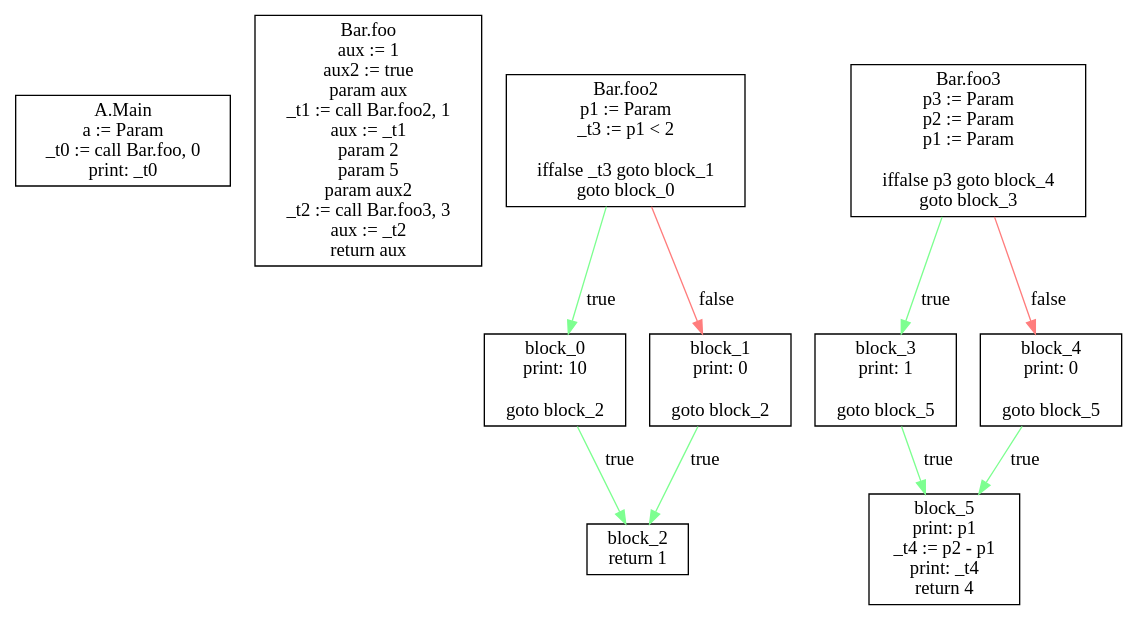
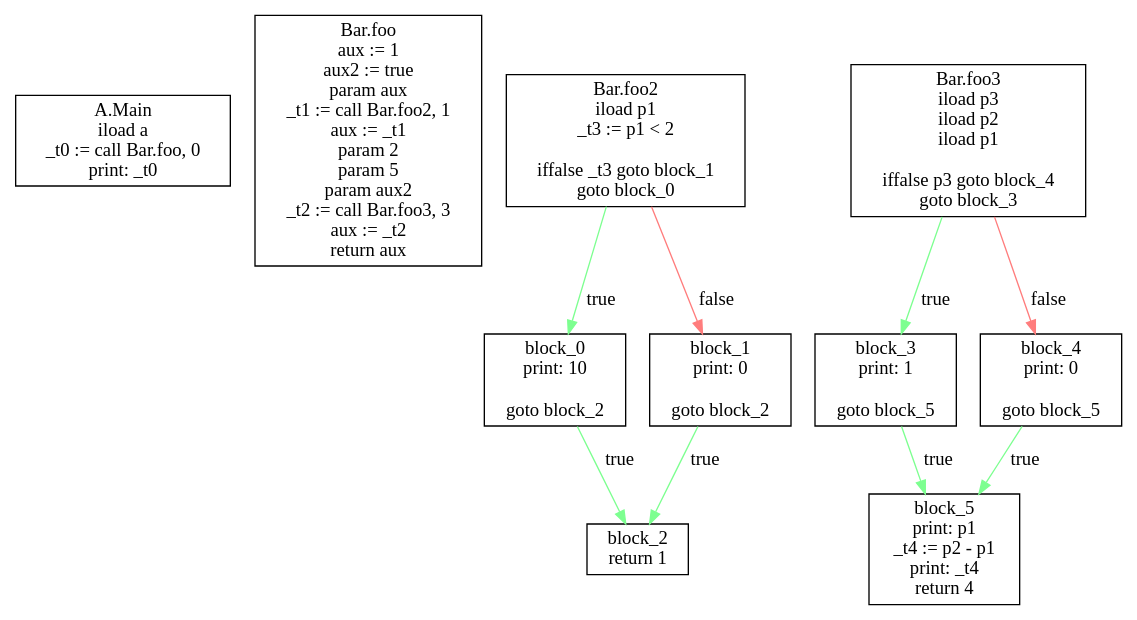
One commit to Hnsson/DV1655 changed the diagram in Assignment-3/cfg.dot. Above: the diagram before and after it, drawn with Graphviz. The commit also changed 7 other files, not shown here.

```diff
--- a/Assignment-3/cfg.dot
+++ b/Assignment-3/cfg.dot
@@ -1,20 +1,20 @@
 digraph CFG {
-    "A.Main" [shape=box label="A.Main\na := Param\n_t0 := call Bar.foo, 0\nprint: _t0\n"];
+    "A.Main" [shape=box label="A.Main\niload a\n_t0 := call Bar.foo, 0\nprint: _t0\n"];
     "Bar.foo" [shape=box label="Bar.foo\naux := 1\naux2 := true\nparam aux\n_t1 := call Bar.foo2, 1\naux := _t1\nparam 2\nparam 5\nparam aux2\n_t2 := call Bar.foo3, 3\naux := _t2\nreturn aux\n"];
-    "Bar.foo2" [shape=box label="Bar.foo2\np1 := Param\n_t3 := p1 < 2\n\niffalse _t3 goto block_1\ngoto block_0"];
+    "Bar.foo2" [shape=box label="Bar.foo2\niload p1\n_t3 := p1 < 2\n\niffalse _t3 goto block_1\ngoto block_0"];
     "Bar.foo2" -> "block_0" [label="true" color="#7dff90"];
     "block_0" [shape=box label="block_0\nprint: 10\n\ngoto block_2"];
     "block_0" -> "block_2" [label="true" color="#7dff90"];
     "block_2" [shape=box label="block_2\nreturn 1\n"];
     "Bar.foo2" -> "block_1" [label="false" color="#ff7d7d"];
     "block_1" [shape=box label="block_1\nprint: 0\n\ngoto block_2"];
     "block_1" -> "block_2" [label="true" color="#7dff90"];
-    "Bar.foo3" [shape=box label="Bar.foo3\np3 := Param\np2 := Param\np1 := Param\n\niffalse p3 goto block_4\ngoto block_3"];
+    "Bar.foo3" [shape=box label="Bar.foo3\niload p3\niload p2\niload p1\n\niffalse p3 goto block_4\ngoto block_3"];
     "Bar.foo3" -> "block_3" [label="true" color="#7dff90"];
     "block_3" [shape=box label="block_3\nprint: 1\n\ngoto block_5"];
     "block_3" -> "block_5" [label="true" color="#7dff90"];
     "block_5" [shape=box label="block_5\nprint: p1\n_t4 := p2 - p1\nprint: _t4\nreturn 4\n"];
     "Bar.foo3" -> "block_4" [label="false" color="#ff7d7d"];
     "block_4" [shape=box label="block_4\nprint: 0\n\ngoto block_5"];
     "block_4" -> "block_5" [label="true" color="#7dff90"];
 }
```
